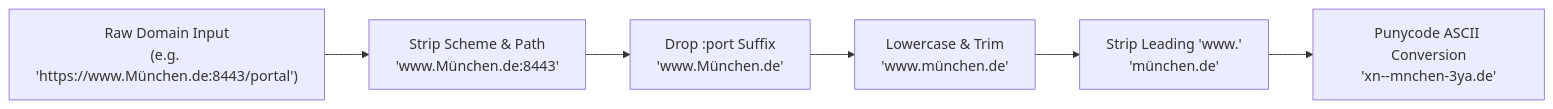
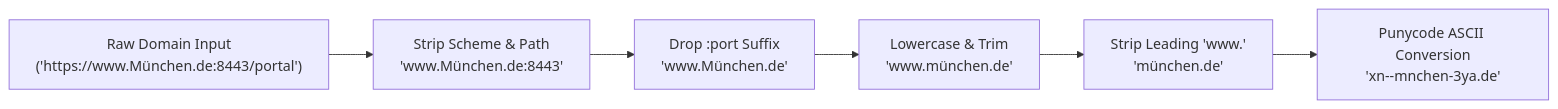
One commit to joelaniol/nova changed the first of 7 diagrams in docs/core-features/learning/domain-notes/scoping-normalization-and-repeat-policies.md. Above: the diagram before and after it, drawn with Mermaid. The commit also changed other lines of this file and 3 other files, not shown here.

````diff
--- a/docs/core-features/learning/domain-notes/scoping-normalization-and-repeat-policies.md
+++ b/docs/core-features/learning/domain-notes/scoping-normalization-and-repeat-policies.md
@@ -12,11 +12,11 @@
 ```mermaid
 flowchart LR
-    RawInput["Raw Domain Input<br/>(e.g. 'https://www.München.de:8443/portal')"]
+    RawInput["Raw Domain Input<br/>('https://www.München.de:8443/portal')"]
     StripProtocol["Strip Scheme & Path<br/>'www.München.de:8443'"]
     StripPort["Drop :port Suffix<br/>'www.München.de'"]
     LowerTrim["Lowercase & Trim<br/>'www.münchen.de'"]
     StripWww["Strip Leading 'www.'<br/>'münchen.de'"]
     Punycode["Punycode ASCII Conversion<br/>'xn--mnchen-3ya.de'"]
     
     RawInput --> StripProtocol --> StripPort --> LowerTrim --> StripWww --> Punycode
 ```
````
